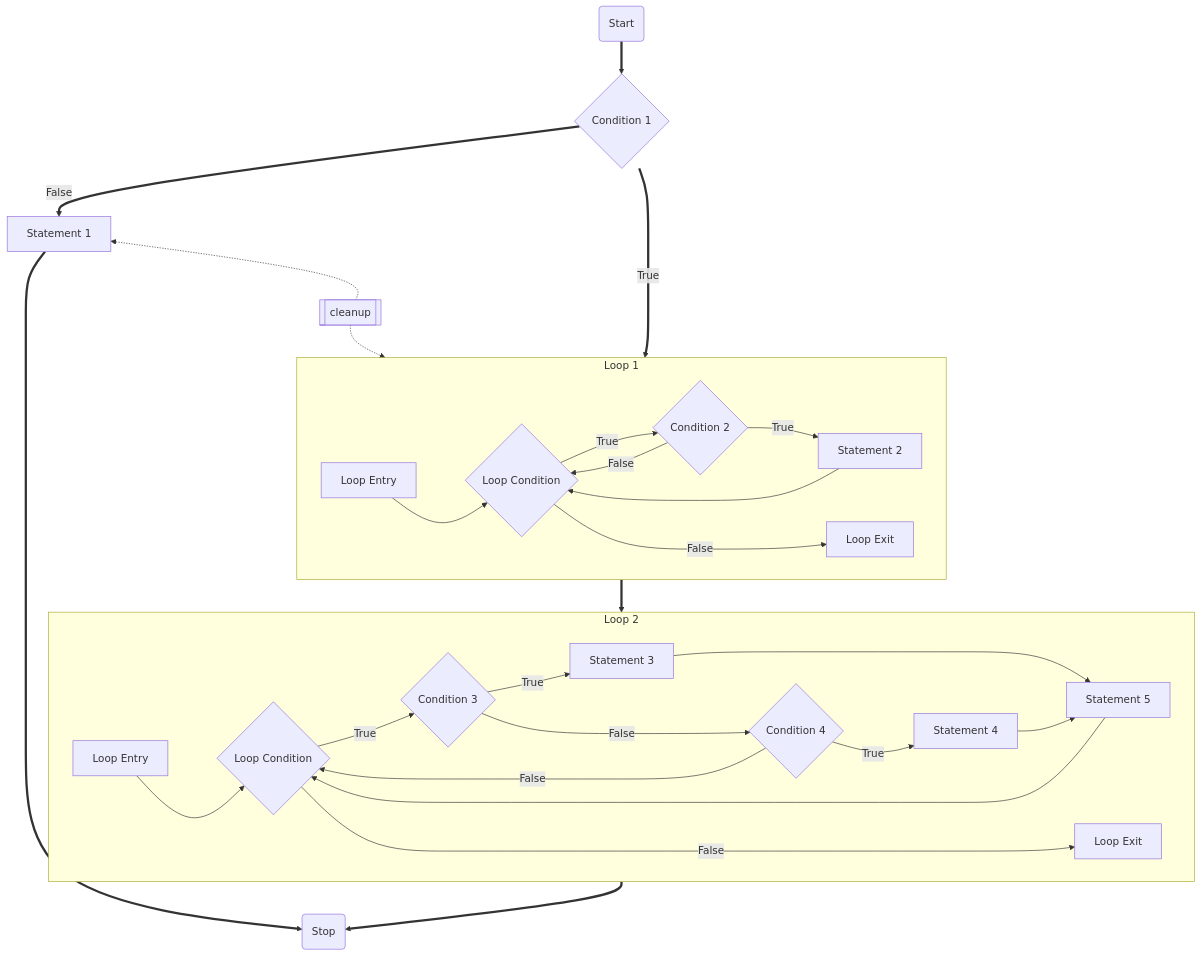
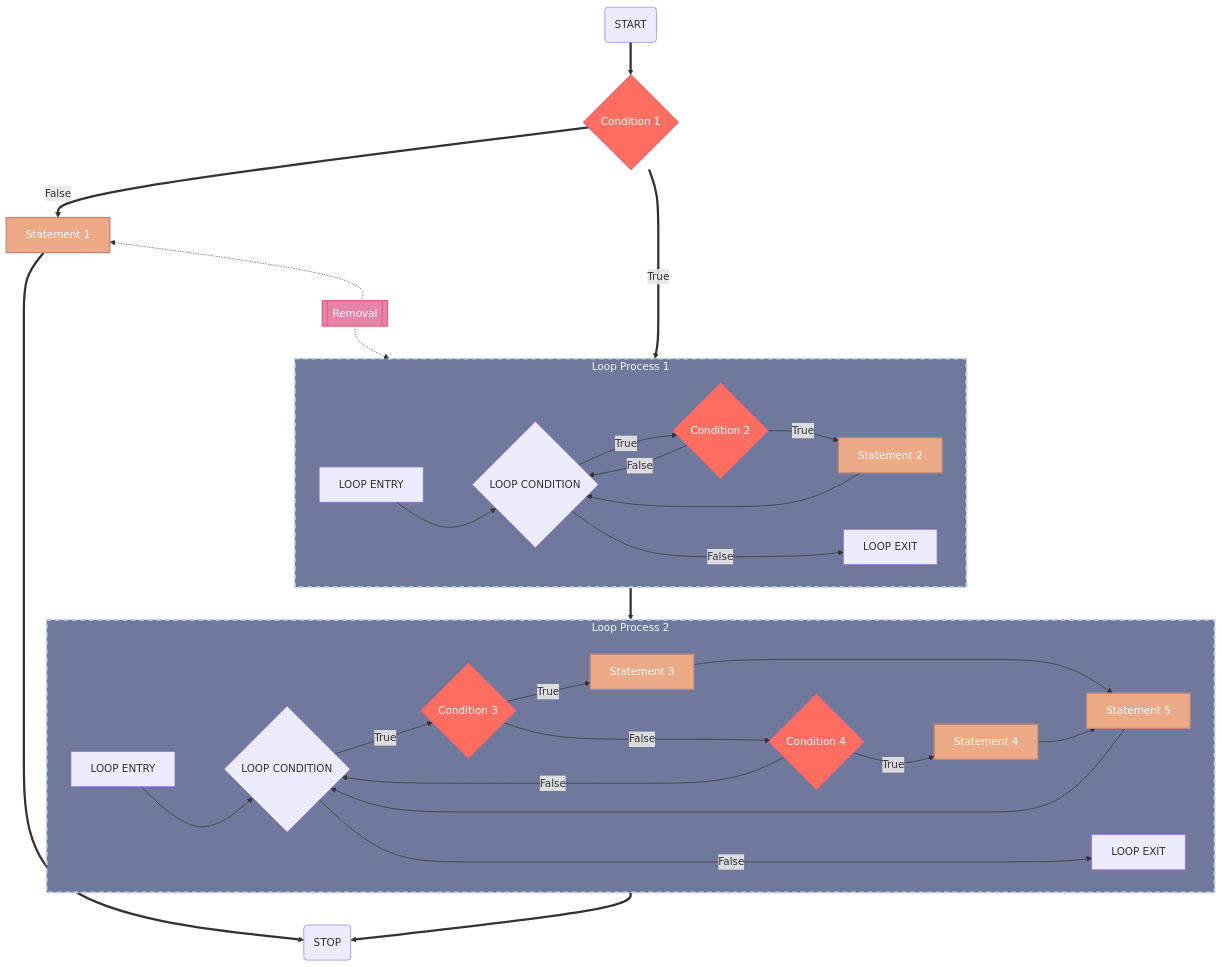
Before and after one commit to RaphaelZH/OpenCV_Program_EN: the diagram in README.md, drawn with Mermaid. The commit also changed 2 other files, not shown here.

````diff
--- a/README.md
+++ b/README.md
@@ -5,51 +5,73 @@
 ```mermaid
+%% Pantone / PMS 16-1546 TCX / Living Coral / #ff6f61 Hex Code Couleur
+%% Pantone / PMS 17-1736 TCX / Sun Kissed Coral / #ea6676 Hex Code Couleur
+
+%% Pantone / PMS 14-1224 TCX / Coral Sands / #edaa86 Hex Code Couleur
+%% Pantone / PMS 16-1522 TCX / Rose Dawn / #c2877b Hex Code Couleur
+
+%% Pantone / PMS 15-2217 TPG / Aurora Pink / #e683a9 Hex Color Code
+%% Pantone / PMS 17-1937 TPG / Hot Pink / #e86288 Hex Color Code
+
+%% Pantone / PMS 17-3922 TCX / Blue Ice / #70789b Hex Color Code
+%% Pantone / PMS 13-4202 TPG / Ice Water / #c1d6ea Hex Color Code
+
+%% Pantone / PMS 11-0601 TCX / Bright White / #f4f9ff Hex Color Code
+
 flowchart TB
-    A(Start)
-    B{Condition 1}
-    C[Statement 1]
-    D(Stop)
+    classDef decision_symbol fill: #ff6f61, stroke: #ea6676, stroke-width: 2px, color: #f4f9ff
+    classDef process_symbol fill: #edaa86, stroke: #c2877b, stroke-width: 2px, color: #f4f9ff
+    classDef predefined_process_symbol fill: #e683a9, stroke: #e86288, stroke-width: 2px, color: #f4f9ff
+    classDef someclass_3 fill: #70789b, stroke: #c1d6ea, stroke-width: 3px, color: #f4f9ff, stroke-dasharray: 7 6
+    
+    A(START)
+    B{Condition 1}:::decision_symbol
+    C[Statement 1]:::process_symbol
+    D(STOP)
 
-    X[[cleanup]]
+    X[[Removal]]:::predefined_process_symbol
 
-    subgraph LOOP_1[Loop 1]
-        LOOP_1_A[Loop Entry]
-        LOOP_1_B{Loop Condition}
-        LOOP_1_C{Condition 2}
-        LOOP_1_D[Statement 2]
-        LOOP_1_E[Loop Exit]
+    subgraph LOOP_1[Loop Process 1]
+        LOOP_1_A[LOOP ENTRY]
+        LOOP_1_B{LOOP CONDITION}
+        LOOP_1_C{Condition 2}:::decision_symbol
+        LOOP_1_D[Statement 2]:::process_symbol
+        LOOP_1_E[LOOP EXIT]
 
         LOOP_1_A ~~~ LOOP_1_B ~~~ LOOP_1_C ~~~ LOOP_1_D
         LOOP_1_C ~~~ LOOP_1_E
 
         direction LR
             LOOP_1_A --> LOOP_1_B -- True --> LOOP_1_C -- True --> LOOP_1_D --> LOOP_1_B
             LOOP_1_C -- False --> LOOP_1_B -- False --> LOOP_1_E
     end
 
-    subgraph LOOP_2[Loop 2]
-        LOOP_2_A[Loop Entry]
-        LOOP_2_B{Loop Condition}
-        LOOP_2_C{Condition 3}
-        LOOP_2_D[Statement 3]
-        LOOP_2_E{Condition 4}
-        LOOP_2_F[Statement 4]
-        LOOP_2_G[Statement 5]
-        LOOP_2_H[Loop Exit]
+    subgraph LOOP_2[Loop Process 2]
+        LOOP_2_A[LOOP ENTRY]
+        LOOP_2_B{LOOP CONDITION}
+        LOOP_2_C{Condition 3}:::decision_symbol
+        LOOP_2_D[Statement 3]:::process_symbol
+        LOOP_2_E{Condition 4}:::decision_symbol
+        LOOP_2_F[Statement 4]:::process_symbol
+        LOOP_2_G[Statement 5]:::process_symbol
+        LOOP_2_H[LOOP EXIT]
 
         LOOP_2_A ~~~ LOOP_2_B ~~~ LOOP_2_C ~~~ LOOP_2_D ~~~ LOOP_2_E ~~~ LOOP_2_F ~~~ LOOP_2_G
         LOOP_2_F ~~~ LOOP_2_H
 
         direction LR
             LOOP_2_A --> LOOP_2_B -- True --> LOOP_2_C -- True --> LOOP_2_D --> LOOP_2_G --> LOOP_2_B
             LOOP_2_C -- False--> LOOP_2_E -- True --> LOOP_2_F --> LOOP_2_G
             LOOP_2_E -- False --> LOOP_2_B -- False --> LOOP_2_H
     end
-    
+
+    LOOP_1:::someclass_3
+    LOOP_2:::someclass_3
+
     A ==> B == True ==> LOOP_1 ==> LOOP_2 ==> D
     B == False ==> C ==> D
 
     C ~~~ X
     
     X -.-> C
     X -.-> LOOP_1
 ```
````
